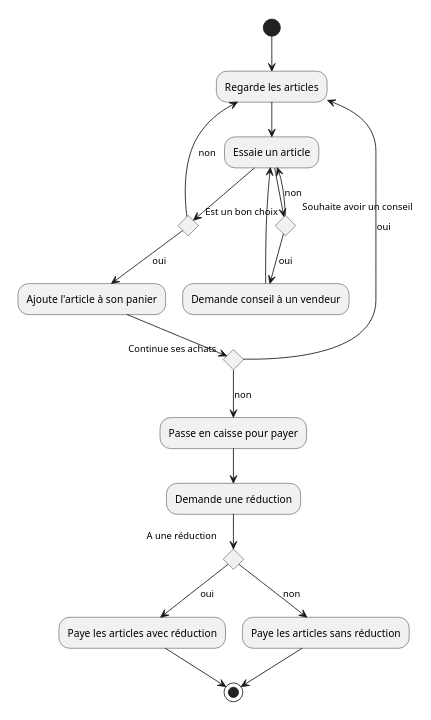
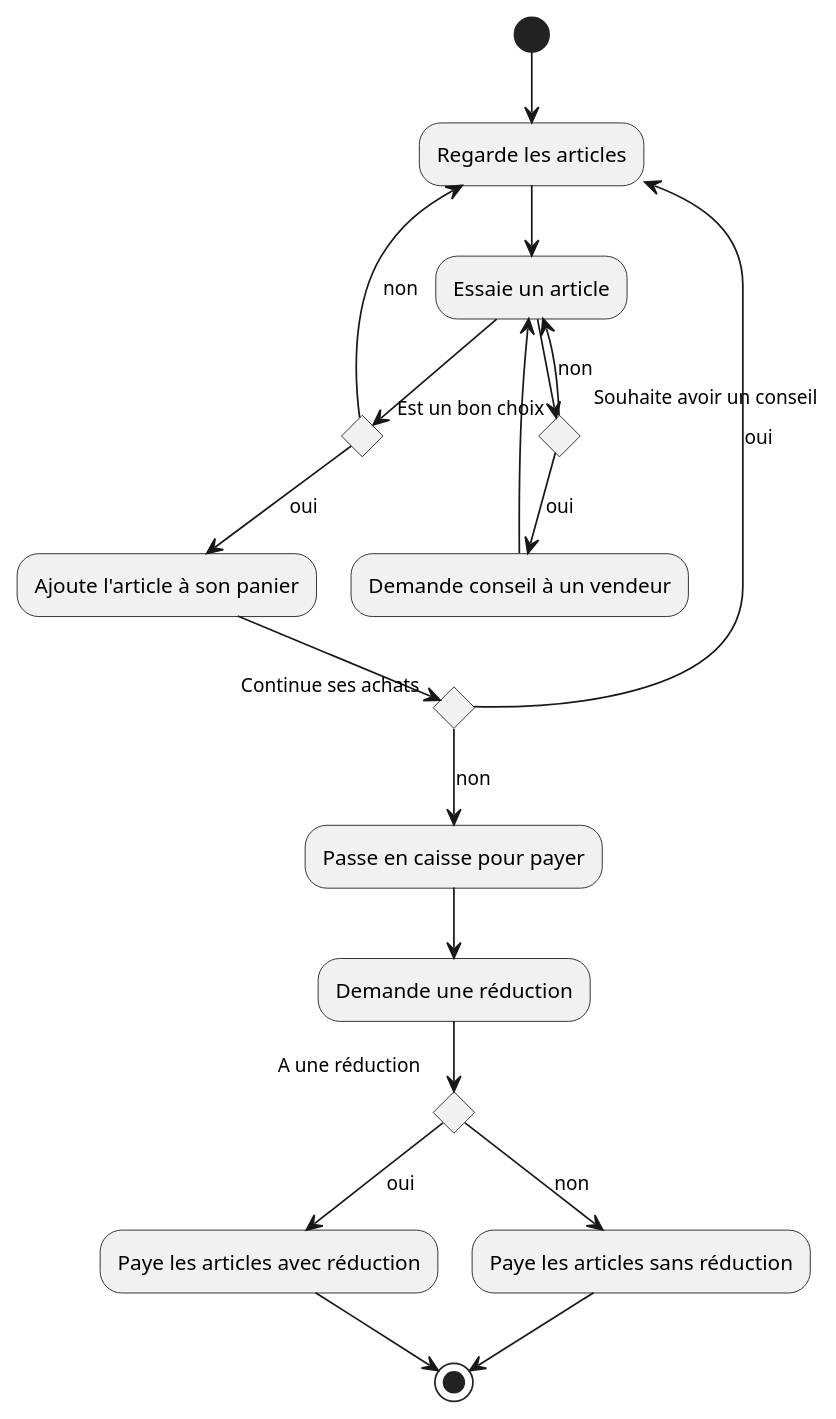
One commit to thomasGuibert/Cours-Design changed the diagram in S2/assets/achatVetements.plantuml. Above: the diagram before and after it, drawn with PlantUML. The commit also changed 5 other files, not shown here.

```diff
--- a/S2/assets/achatVetements.plantuml
+++ b/S2/assets/achatVetements.plantuml
@@ -1,34 +1,33 @@
 @startuml machine à café
-scale 400*400
 
 (*) --> "Regarde les articles"
 --> "Essaie un article"
 if "Souhaite avoir un conseil"
 --> [oui]"Demande conseil à un vendeur"
 --> "Essaie un article"
     if "Est un bon choix"
     --> [oui]"Ajoute l'article à son panier"
         if "Continue ses achats"
         --> [oui]"Regarde les articles"
         else
         --> [non]"Passe en caisse pour payer"
         --> "Demande une réduction"
         endif
         if "A une réduction"
         --> [oui] Paye les articles avec réduction
         --> (*)
         else
         --> [non] Paye les articles sans réduction
         --> (*)
         endif
     else
     --> [non]"Regarde les articles"
     endif
 else
 --> [non]"Essaie un article"
 endif
 
 
 
 
 @enduml
```
